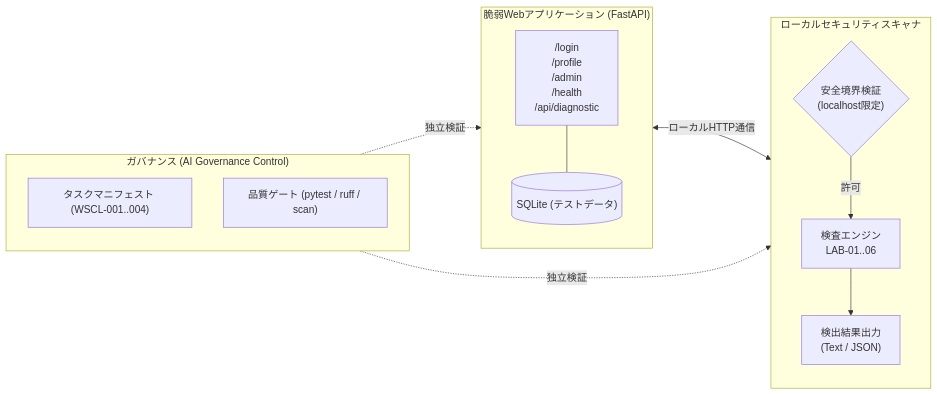
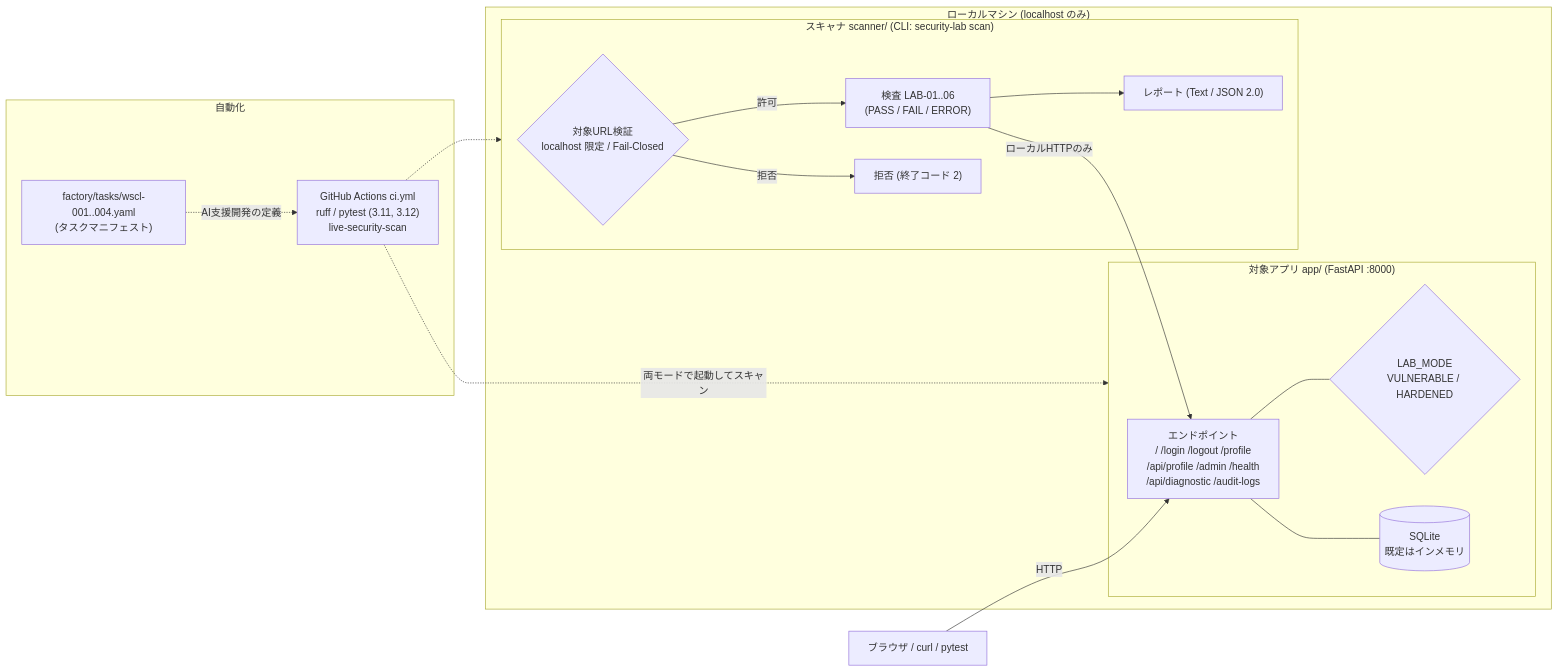
Before and after one commit to moruku36/web-security-control-lab: the diagram in README.ja.md, drawn with Mermaid. The commit also changed other lines of this file and 3 other files, not shown here.

First line of the commit message:
docs: fix README EN/JA inconsistencies and replace architecture image with Mermaid

````diff
--- a/README.ja.md
+++ b/README.ja.md
@@ -32,25 +28,34 @@
 ```mermaid
 flowchart LR
-    subgraph Target["脆弱Webアプリケーション (FastAPI)"]
-        Endpoints["/login<br/>/profile<br/>/admin<br/>/health<br/>/api/diagnostic"]
-        Store[("SQLite (テストデータ)")]
-        Endpoints --- Store
+    User["ブラウザ / curl / pytest"]
+
+    subgraph Host["ローカルマシン (localhost のみ)"]
+        subgraph App["対象アプリ app/ (FastAPI :8000)"]
+            Routes["エンドポイント<br/>/ /login /logout /profile<br/>/api/profile /admin /health<br/>/api/diagnostic /audit-logs"]
+            Mode{"LAB_MODE<br/>VULNERABLE / HARDENED"}
+            DB[("SQLite<br/>既定はインメモリ")]
+            Routes --- Mode
+            Routes --- DB
+        end
+
+        subgraph Scanner["スキャナ scanner/ (CLI: security-lab scan)"]
+            Validator{"対象URL検証<br/>localhost 限定 / Fail-Closed"}
+            Checks["検査 LAB-01..06<br/>(PASS / FAIL / ERROR)"]
+            Report["レポート (Text / JSON 2.0)"]
+            Refuse["拒否 (終了コード 2)"]
+            Validator -->|許可| Checks --> Report
+            Validator -->|拒否| Refuse
+        end
     end
 
-    subgraph Scanner["ローカルセキュリティスキャナ"]
-        Validator{"安全境界検証<br/>(localhost限定)"}
-        Audits["検査エンジン<br/>LAB-01..06"]
-        Report["検出結果出力<br/>(Text / JSON)"]
-
-        Validator -->|許可| Audits --> Report
+    subgraph Auto["自動化"]
+        CI["GitHub Actions ci.yml<br/>ruff / pytest (3.11, 3.12)<br/>live-security-scan"]
+        Factory["factory/tasks/wscl-001..004.yaml<br/>(タスクマニフェスト)"]
     end
 
-    subgraph Factory["ガバナンス (AI Governance Control)"]
-        Tasks["タスクマニフェスト (WSCL-001..004)"]
-        Gate["品質ゲート (pytest / ruff / scan)"]
-    end
-
-    Target <-->|ローカルHTTP通信| Scanner
-    Factory -.->|独立検証| Target
-    Factory -.->|独立検証| Scanner
+    User -->|HTTP| Routes
+    Checks -->|ローカルHTTPのみ| Routes
+    CI -.->|両モードで起動してスキャン| App
+    CI -.-> Scanner
+    Factory -.->|AI支援開発の定義| CI
 ```
````
